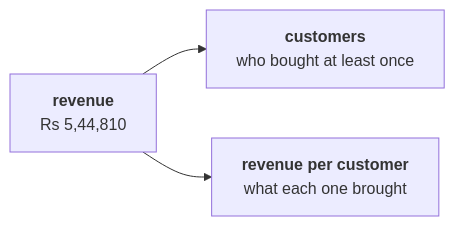
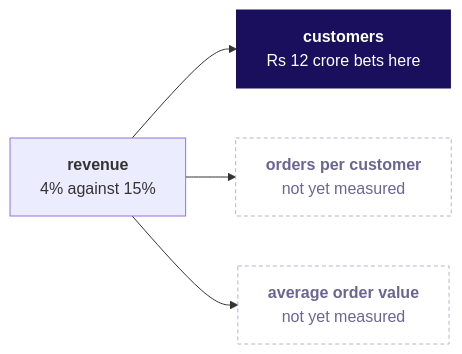
One commit to fde-academy-lab/c2-content-factory changed the third of 15 diagrams in content/W01/D1/slides/C2_W01_D01_half1_STUDENT.md. Above: the diagram before and after it, drawn with Mermaid. The commit also changed other lines of this file and 28 other files, not shown here.

First line of the commit message:
W01 D1 checkpoint: family rebuilds in progress (decks, notebooks, exercises, companion, reading), not yet verified

````diff
--- a/content/W01/D1/slides/C2_W01_D01_half1_STUDENT.md
+++ b/content/W01/D1/slides/C2_W01_D01_half1_STUDENT.md
@@ -161,5 +138,10 @@
 ```mermaid
 flowchart LR
-    R["<b>revenue</b><br/>Rs 5,44,810"] --> C["<b>customers</b><br/>who bought at least once"]
-    R --> V["<b>revenue per customer</b><br/>what each one brought"]
+    R["<b>revenue</b><br/>4% against 15%"] --> C["<b>customers</b><br/>Rs 12 crore bets here"]
+    R --> F["<b>orders per customer</b><br/>not yet measured"]
+    R --> A["<b>average order value</b><br/>not yet measured"]
+    classDef bet fill:#1A0F5C,stroke:#1A0F5C,color:#FFFFFF
+    classDef unknown fill:#FFFFFF,stroke:#B8B2D6,color:#6B6690,stroke-dasharray:4 3
+    class C bet
+    class F,A unknown
 ```
````
